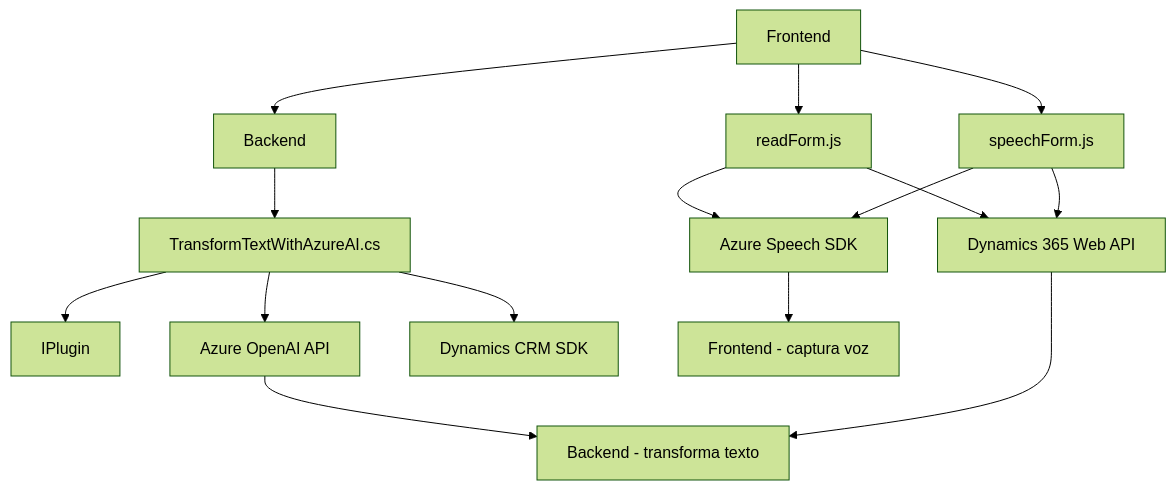
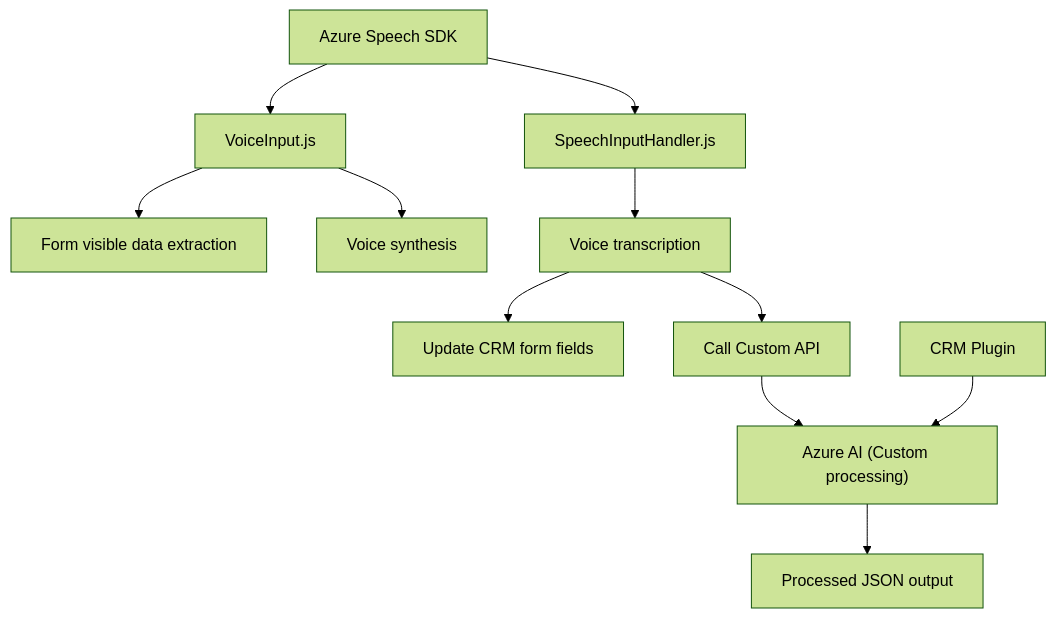
One commit to blopezdm/NETCORE_BILBAO2025 changed the diagram in README.md. Above: the diagram before and after it, drawn with Mermaid (forest theme). The commit also changed other lines of this file, not shown here.

````diff
--- a/README.md
+++ b/README.md
@@ -42,30 +52,13 @@
 ```mermaid
 graph TD
-  A["Frontend"]
-  B["readForm.js"]
-  C["speechForm.js"]
-  D["Azure Speech SDK"]
-  E["Dynamics 365 Web API"]
-  F["Backend"]
-  G["TransformTextWithAzureAI.cs"]
-  H["IPlugin"]
-  I["Azure OpenAI API"]
-  J["Dynamics CRM SDK"]
-  K["Frontend - captura voz"]
-  L["Backend - transforma texto"]
-
-  A --> B
-  A --> C
-  B --> D
-  C --> D
-  B --> E
-  C --> E
-  A --> F
-  F --> G
-  G --> H
-  G --> I
-  G --> J
-  D --> K
-  I --> L
-  E --> L
+    A["Azure Speech SDK"] --> B["VoiceInput.js"]
+    A --> C["SpeechInputHandler.js"]
+    B --> D["Form visible data extraction"]
+    B --> E["Voice synthesis"]
+    C --> F["Voice transcription"]
+    F --> G["Update CRM form fields"]
+    F --> H["Call Custom API"]
+    H --> I["Azure AI (Custom processing)"]
+    J["CRM Plugin"] --> I
+    I --> K["Processed JSON output"]
 ```
````
